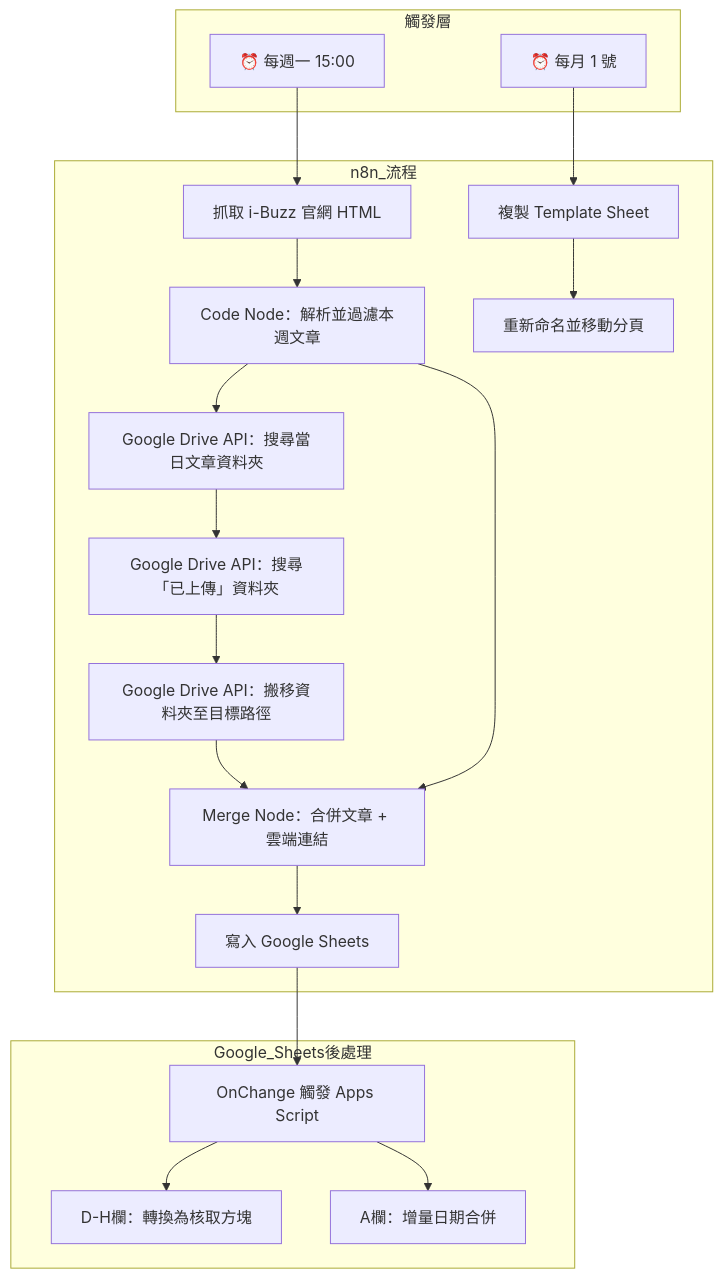
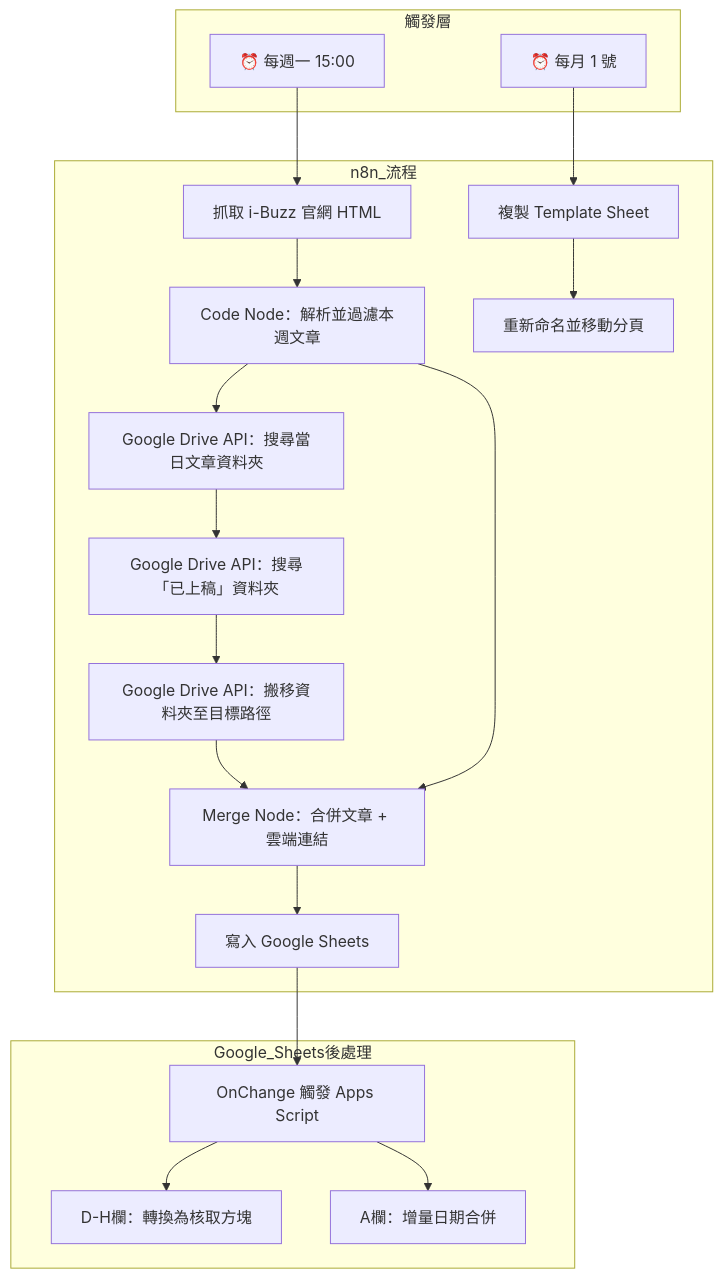
Before and after one commit to uyang-03/n8n-autotypein: the first of 4 diagrams in operation_logic_report.md, drawn with Mermaid. The commit also changed other lines of this file and 1 other file, not shown here.

Commit message:
Update: rename destination folder to '已上稿'

````diff
--- a/operation_logic_report.md
+++ b/operation_logic_report.md
@@ -18,30 +18,30 @@
 ```mermaid
 graph TD
     subgraph 觸發層
         A1[⏰ 每週一 15:00]
         A2[⏰ 每月 1 號]
     end
 
     subgraph n8n_流程
         B[抓取 i-Buzz 官網 HTML]
         C[Code Node：解析並過濾本週文章]
         D[Google Drive API：搜尋當日文章資料夾]
-        D2[Google Drive API：搜尋「已上傳」資料夾]
+        D2[Google Drive API：搜尋「已上稿」資料夾]
         D3[Google Drive API：搬移資料夾至目標路徑]
         E[Merge Node：合併文章 + 雲端連結]
         F[寫入 Google Sheets]
         G[複製 Template Sheet]
         H[重新命名並移動分頁]
     end
 
     subgraph Google_Sheets後處理
         I[OnChange 觸發 Apps Script]
         J[D-H欄：轉換為核取方塊]
         K[A欄：增量日期合併]
     end
 
     A1 --> B --> C --> D --> D2 --> D3 --> E
     C --> E
     E --> F --> I --> J & K
     A2 --> G --> H
 ```
````
